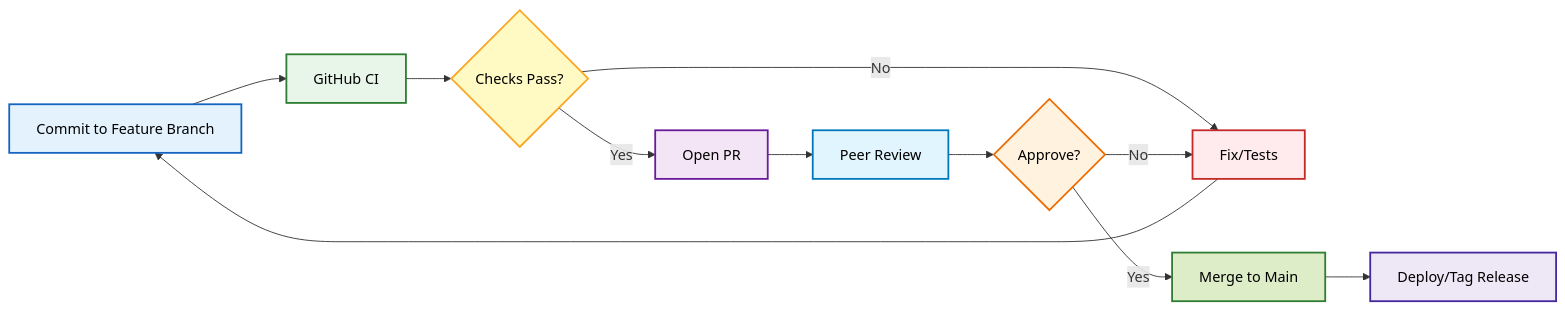
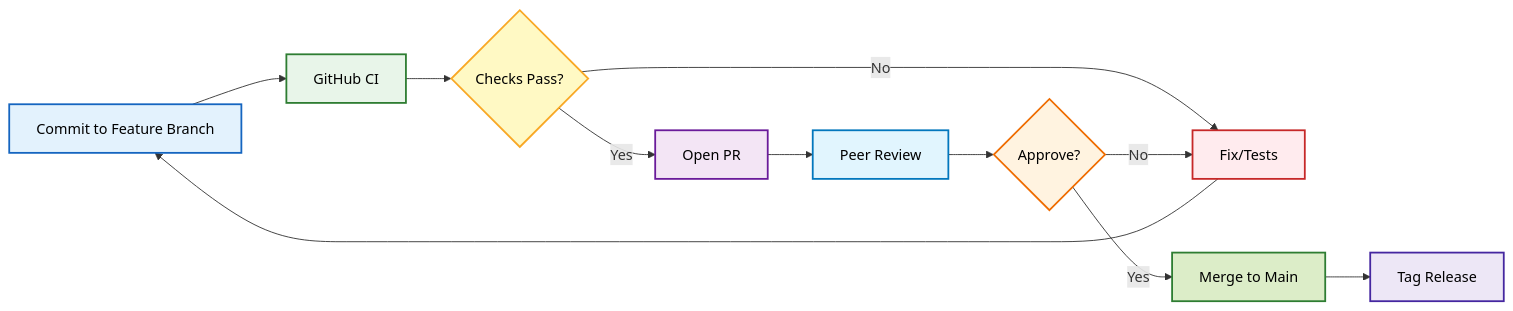
Before and after one commit to CoderAcademy-DEV-MERN-Group/DEV1003-Assessment01: the third of 12 diagrams in project-mgmt-methodology.md, drawn with Mermaid. The commit also changed other lines of this file and 2 other files, not shown here.

````diff
--- a/project-mgmt-methodology.md
+++ b/project-mgmt-methodology.md
@@ -113,24 +118,24 @@
 ```mermaid
 flowchart LR
     A[Commit to Feature Branch] --> B[GitHub CI]
     B --> C{Checks Pass?}
     C -- No --> D[Fix/Tests]
     D --> A
     C -- Yes --> E[Open PR]
     E --> F[Peer Review]
     F --> G{Approve?}
     G -- No --> D
     G -- Yes --> H[Merge to Main]
-    H --> I[Deploy/Tag Release]
+    H --> I[Tag Release]
 
     %% Styles
     style A fill:#E3F2FD,stroke:#1565C0,stroke-width:2px,color:#000
     style B fill:#E8F5E9,stroke:#2E7D32,stroke-width:2px,color:#000
     style C fill:#FFF9C4,stroke:#F9A825,stroke-width:2px,color:#000
     style D fill:#FFEBEE,stroke:#C62828,stroke-width:2px,color:#000
     style E fill:#F3E5F5,stroke:#6A1B9A,stroke-width:2px,color:#000
     style F fill:#E1F5FE,stroke:#0277BD,stroke-width:2px,color:#000
     style G fill:#FFF3E0,stroke:#EF6C00,stroke-width:2px,color:#000
     style H fill:#DCEDC8,stroke:#2E7D32,stroke-width:2px,color:#000
     style I fill:#EDE7F6,stroke:#4527A0,stroke-width:2px,color:#000
 ```
````
